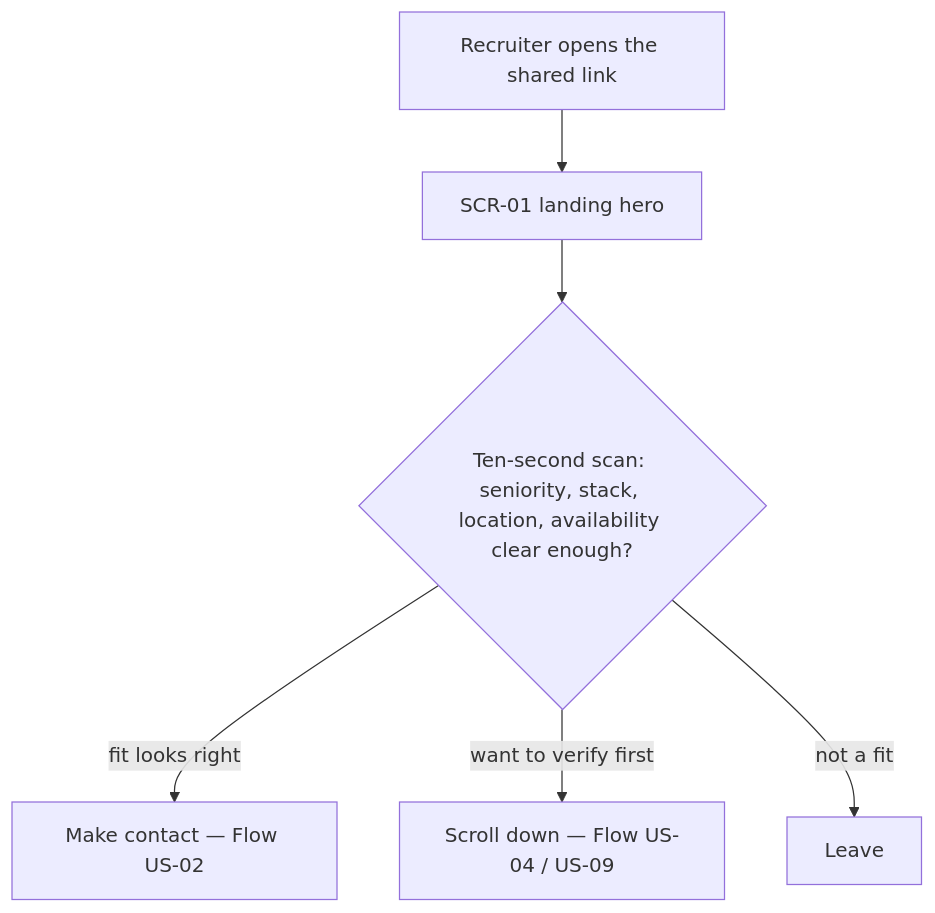
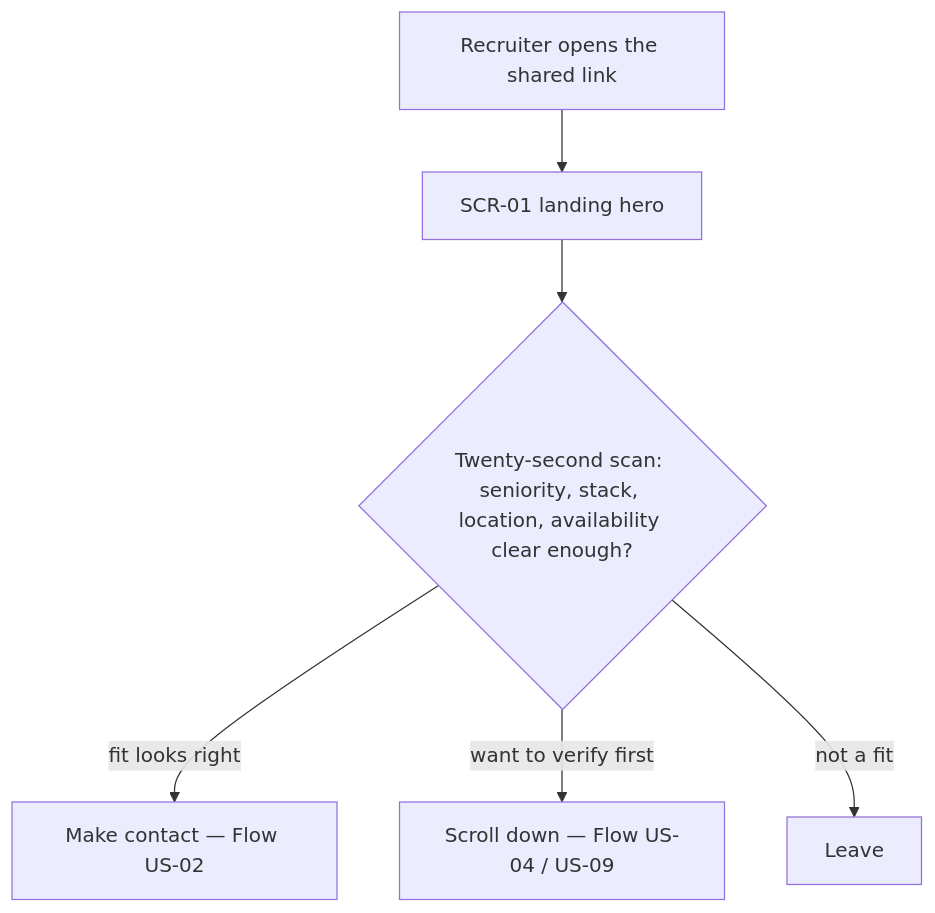
Before and after one commit to financeasist/personal-page: the first of 7 diagrams in docs/features/personal-landing/ux-flows.md, drawn with Mermaid. The commit also changed other lines of this file and 9 other files, not shown here.

First line of the commit message:
screens: personal-landing manifest (+ spec/sad/ux-flows/data-model sync)

````diff
--- a/docs/features/personal-landing/ux-flows.md
+++ b/docs/features/personal-landing/ux-flows.md
@@ -44,8 +44,8 @@
 ```mermaid
 flowchart TD
     A["Recruiter opens the shared link"] --> B["SCR-01 landing hero"]
-    B --> C{"Ten-second scan: seniority, stack, location, availability clear enough?"}
+    B --> C{"Twenty-second scan: seniority, stack, location, availability clear enough?"}
     C -->|"fit looks right"| D["Make contact — Flow US-02"]
     C -->|"want to verify first"| E["Scroll down — Flow US-04 / US-09"]
     C -->|"not a fit"| F["Leave"]
 ```
````
